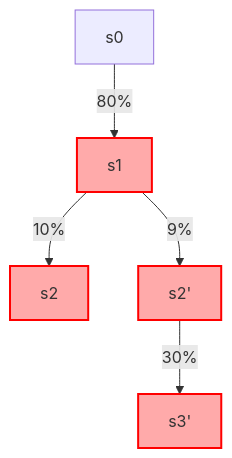
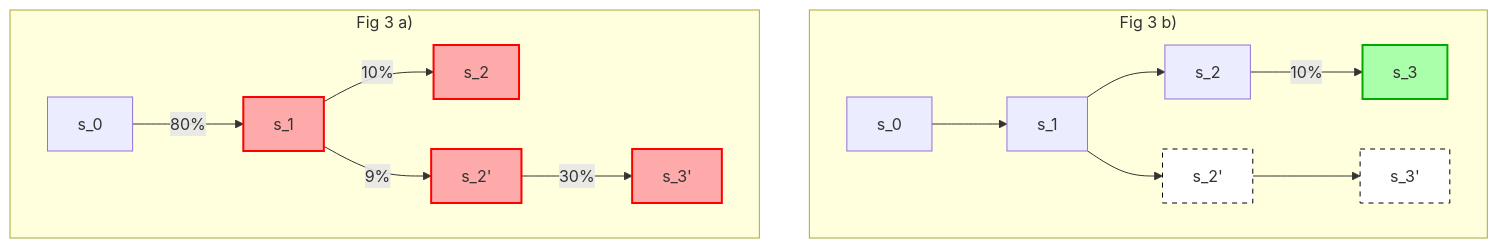
Before and after one commit to movementlabsxyz/MIP: the third of 4 diagrams in MD/md-116/README.md, drawn with Mermaid. The commit also changed other lines of this file, not shown here.

Commit message:
update mermaids

````diff
--- a/MD/md-116/README.md
+++ b/MD/md-116/README.md
@@ -280,12 +261,30 @@
 ```mermaid
 graph TD
-  s0 -->|80%| s1
-  s1 -->|10%| s2
-  s1 -->|9%| s2'
-  s2' --> |30%| s3'
 
-  style s1 fill:#faa,stroke:#f00,stroke-width:2px
-  style s2 fill:#faa,stroke:#f00,stroke-width:2px
-  style s2' fill:#faa,stroke:#f00,stroke-width:2px
-  style s3' fill:#faa,stroke:#f00,stroke-width:2px
+  %% Subgraph for Fig 3 b
+  subgraph "Fig 3 b)"
+    s0b["s_0"] --> s1b["s_1"]
+    s1b --> s2b["s_2"]
+    s1b --> s2b'["s_2'"]
+    s2b -->|10%| s3b["s_3"]
+    s2b' --> s3b'["s_3'"]
+
+    style s2b' fill:#fff,stroke:#000,stroke-width:1px,stroke-dasharray: 5 5
+    style s3b' fill:#fff,stroke:#000,stroke-width:1px,stroke-dasharray: 5 5
+    style s3b fill:#afa,stroke:#0a0,stroke-width:2px
+  end
+
+  %% Subgraph for Fig 3 a
+  subgraph "Fig 3 a)"
+    s0a["s_0"] -->|80%| s1a["s_1"]
+    s1a -->|10%| s2a["s_2"]
+    s1a -->|9%| s2a'["s_2'"]
+    s2a' -->|30%| s3a'["s_3'"]
+
+    style s1a fill:#faa,stroke:#f00,stroke-width:2px
+    style s2a fill:#faa,stroke:#f00,stroke-width:2px
+    style s2a' fill:#faa,stroke:#f00,stroke-width:2px
+    style s3a' fill:#faa,stroke:#f00,stroke-width:2px
+  end
+
 ```
````
